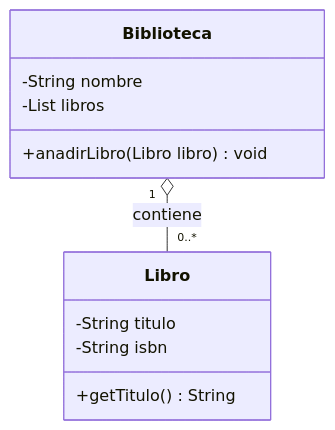
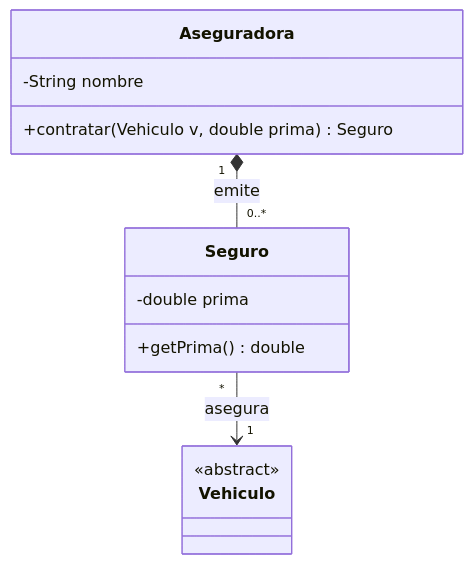
The second of 3 diagrams in docs/capitulos/08-puente-uml.md (rlrprofe/poo), drawn with Mermaid before and after one commit. The commit also changed other lines of this file and 30 other files, not shown here.

````diff
--- a/docs/capitulos/08-puente-uml.md
+++ b/docs/capitulos/08-puente-uml.md
@@ -110,14 +131,16 @@
     ```mermaid
     classDiagram
-        class Biblioteca {
+        class Aseguradora {
             -String nombre
-            -List libros
-            +anadirLibro(Libro libro) void
+            +contratar(Vehiculo v, double prima) Seguro
         }
-        class Libro {
-            -String titulo
-            -String isbn
-            +getTitulo() String
+        class Seguro {
+            -double prima
+            +getPrima() double
         }
-        Biblioteca "1" o-- "0..*" Libro : contiene
+        class Vehiculo {
+            <<abstract>>
+        }
+        Aseguradora "1" *-- "0..*" Seguro : emite
+        Seguro "*" --> "1" Vehiculo : asegura
     ```
````
